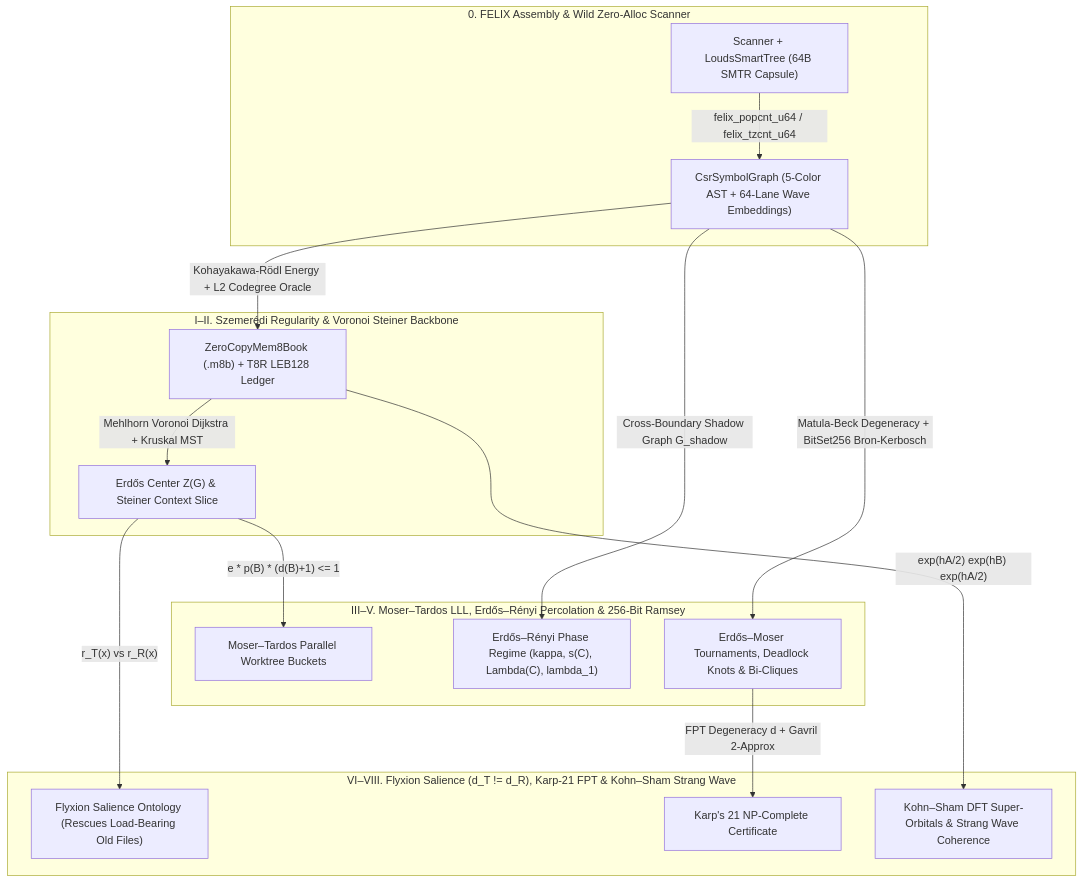
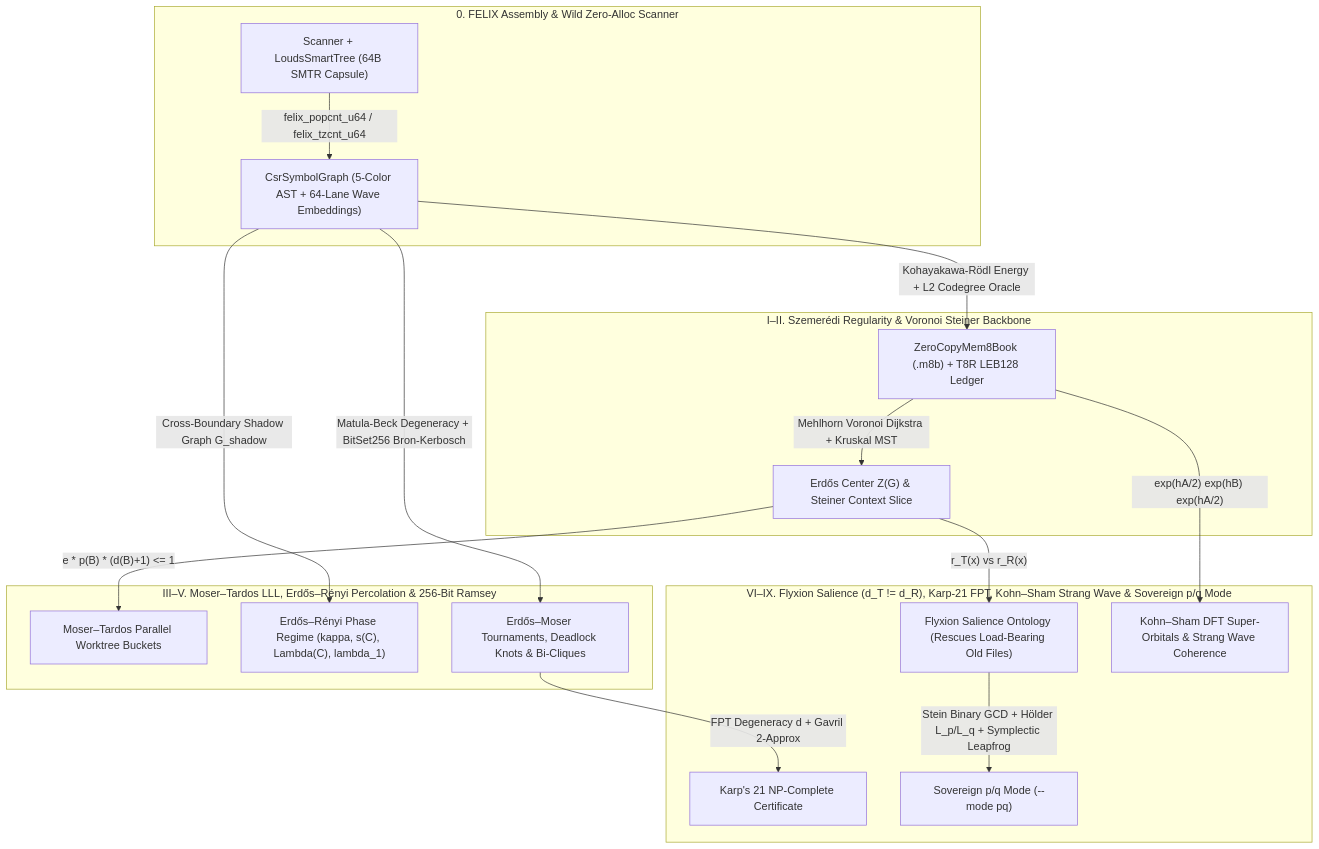
Before and after one commit to 8b-is/smart-tree: the diagram in ultra-agent.md, drawn with Mermaid. The commit also changed other lines of this file and 17 other files, not shown here.

Commit message:
feat(pq): add Sovereign p/q mode (RationalPQ Binary GCD, Holder L_p/L_q dual, Zarankiewicz z(n;p,q), symplectic leapfrog) + zero-alloc OracleScratch & FELIX 64-lane SIMD hot-paths (v10.11.0)

````diff
--- a/ultra-agent.md
+++ b/ultra-agent.md
@@ -38,23 +38,24 @@
 ```mermaid
 flowchart TD
     subgraph P0["0. FELIX Assembly & Wild Zero-Alloc Scanner"]
         SCAN["Scanner + LoudsSmartTree (64B SMTR Capsule)"] -->|"felix_popcnt_u64 / felix_tzcnt_u64"| CSR["CsrSymbolGraph (5-Color AST + 64-Lane Wave Embeddings)"]
     end
 
     subgraph P1["I–II. Szemerédi Regularity & Voronoi Steiner Backbone"]
         CSR -->|"Kohayakawa-Rödl Energy + L2 Codegree Oracle"| M8B["ZeroCopyMem8Book (.m8b) + T8R LEB128 Ledger"]
         M8B -->|"Mehlhorn Voronoi Dijkstra + Kruskal MST"| STEINER["Erdős Center Z(G) & Steiner Context Slice"]
     end
 
     subgraph P2["III–V. Moser–Tardos LLL, Erdős–Rényi Percolation & 256-Bit Ramsey"]
         STEINER -->|"e * p(B) * (d(B)+1) <= 1"| LLL["Moser–Tardos Parallel Worktree Buckets"]
         CSR -->|"Cross-Boundary Shadow Graph G_shadow"| ER["Erdős–Rényi Phase Regime (kappa, s(C), Lambda(C), lambda_1)"]
         CSR -->|"Matula-Beck Degeneracy + BitSet256 Bron-Kerbosch"| RAMSEY["Erdős–Moser Tournaments, Deadlock Knots & Bi-Cliques"]
     end
 
-    subgraph P3["VI–VIII. Flyxion Salience (d_T != d_R), Karp-21 FPT & Kohn–Sham Strang Wave"]
+    subgraph P3["VI–IX. Flyxion Salience (d_T != d_R), Karp-21 FPT, Kohn–Sham Strang Wave & Sovereign p/q Mode"]
         STEINER -->|"r_T(x) vs r_R(x)"| SALIENCE["Flyxion Salience Ontology (Rescues Load-Bearing Old Files)"]
         RAMSEY -->|"FPT Degeneracy d + Gavril 2-Approx"| KARP["Karp's 21 NP-Complete Certificate"]
         M8B -->|"exp(hA/2) exp(hB) exp(hA/2)"| DFT["Kohn–Sham DFT Super-Orbitals & Strang Wave Coherence"]
+        SALIENCE -->|"Stein Binary GCD + Hölder L_p/L_q + Symplectic Leapfrog"| PQ["Sovereign p/q Mode (--mode pq)"]
     end
 ```
````
